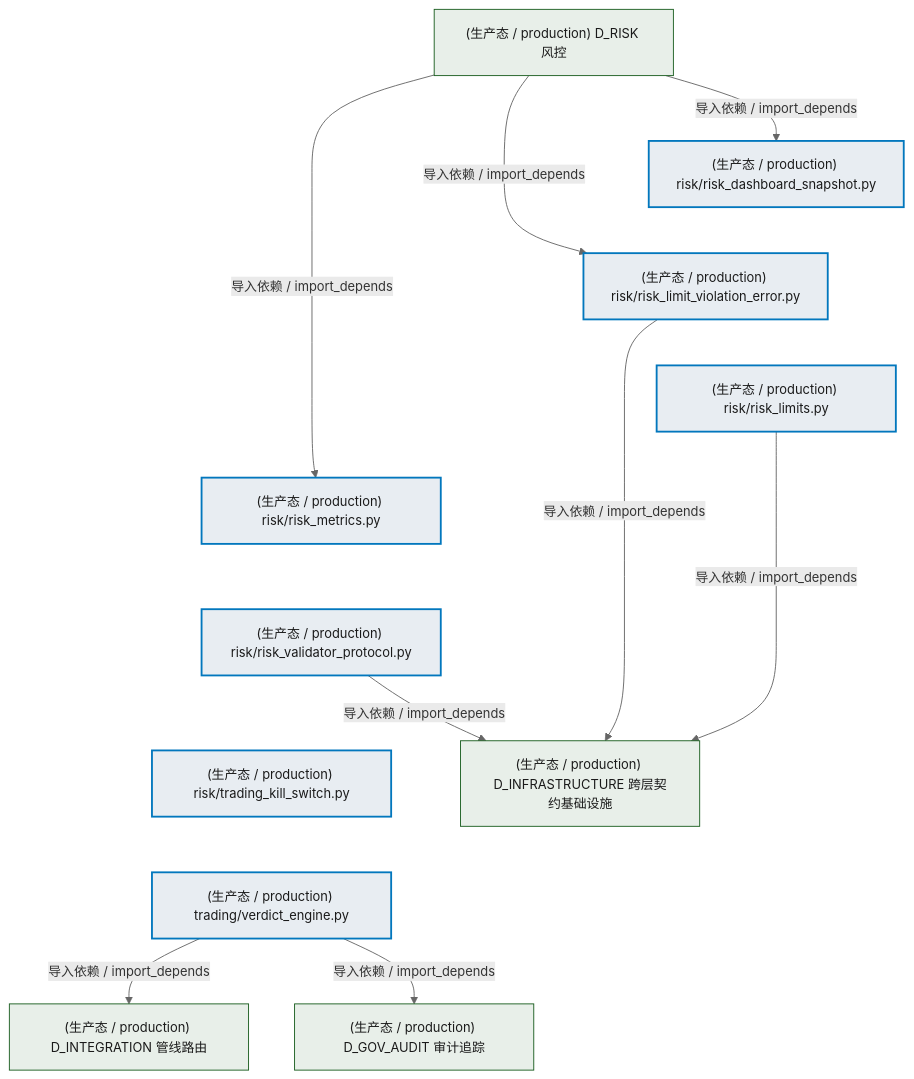
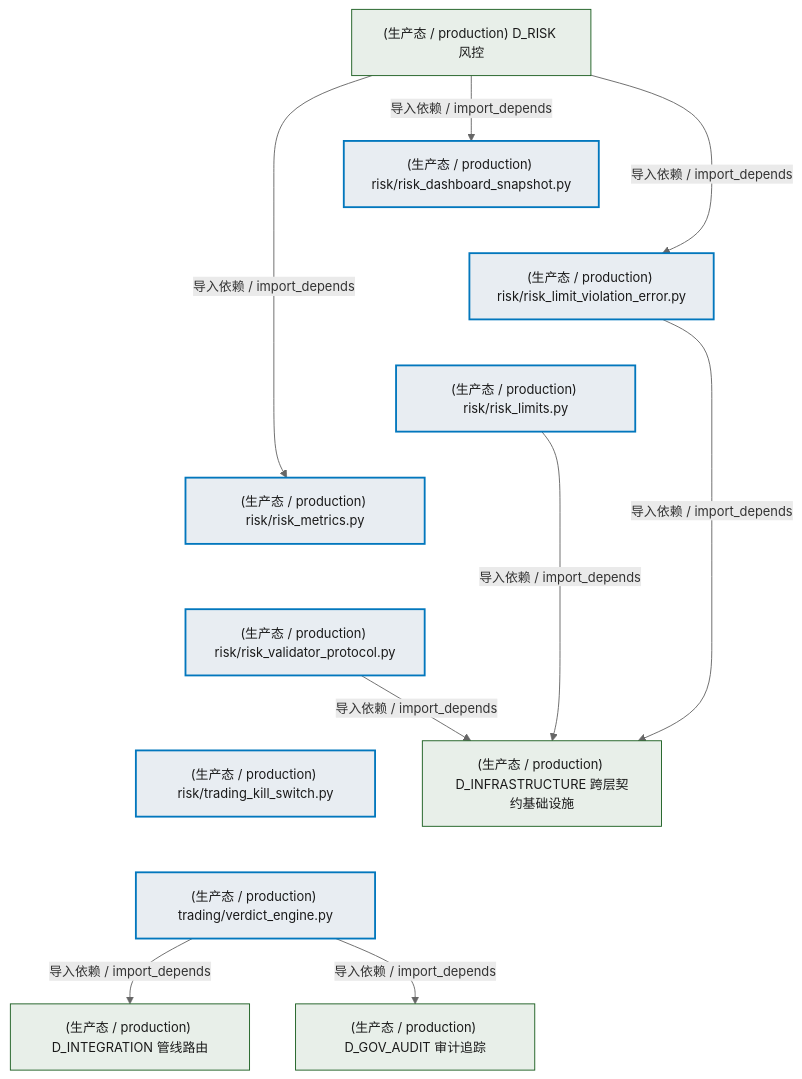
One commit to xuanFelixVan/ZephyrAlpha changed the second of 4 diagrams in docs/02_enterprise_architecture/02_domain_architecture_docs/72_d_trading.md. Above: the diagram before and after it, drawn with Mermaid. The commit also changed other lines of this file and 41 other files, not shown here.

````diff
--- a/docs/02_enterprise_architecture/02_domain_architecture_docs/72_d_trading.md
+++ b/docs/02_enterprise_architecture/02_domain_architecture_docs/72_d_trading.md
@@ -221,35 +221,35 @@
 ```mermaid
 %%{init: {'theme': 'base', 'themeVariables': {'primaryColor': '#eaeaea', 'primaryTextColor': '#333333', 'primaryBorderColor': '#666666', 'lineColor': '#666666', 'secondaryColor': '#eaeaea', 'tertiaryColor': '#eaeaea', 'fontSize': '14px'}}}%%
 flowchart TD
     src_zephyr_trading_trading_contracts_risk_risk_dashboard_snapshot_py["(生产态 / production) risk/risk_dashboard_snapshot.py"]
     src_zephyr_trading_trading_contracts_risk_risk_limit_violation_error_py["(生产态 / production) risk/risk_limit_violation_error.py"]
     src_zephyr_trading_trading_contracts_risk_risk_limits_py["(生产态 / production) risk/risk_limits.py"]
     src_zephyr_trading_trading_contracts_risk_risk_metrics_py["(生产态 / production) risk/risk_metrics.py"]
     src_zephyr_trading_trading_contracts_risk_risk_validator_protocol_py["(生产态 / production) risk/risk_validator_protocol.py"]
     src_zephyr_trading_trading_contracts_risk_trading_kill_switch_py["(生产态 / production) risk/trading_kill_switch.py"]
     src_zephyr_trading_verdict_engine_py["(生产态 / production) trading/verdict_engine.py"]
     src_zephyr_trading_trading_contracts_risk_risk_dashboard_snapshot_py ~~~ src_zephyr_trading_trading_contracts_risk_risk_limit_violation_error_py
     src_zephyr_trading_trading_contracts_risk_risk_limit_violation_error_py ~~~ src_zephyr_trading_trading_contracts_risk_risk_limits_py
     src_zephyr_trading_trading_contracts_risk_risk_limits_py ~~~ src_zephyr_trading_trading_contracts_risk_risk_metrics_py
     src_zephyr_trading_trading_contracts_risk_risk_metrics_py ~~~ src_zephyr_trading_trading_contracts_risk_risk_validator_protocol_py
     src_zephyr_trading_trading_contracts_risk_risk_validator_protocol_py ~~~ src_zephyr_trading_trading_contracts_risk_trading_kill_switch_py
     src_zephyr_trading_trading_contracts_risk_trading_kill_switch_py ~~~ src_zephyr_trading_verdict_engine_py
     D_INFRASTRUCTURE["(生产态 / production) D_INFRASTRUCTURE 跨层契约基础设施"]
     src_zephyr_trading_trading_contracts_risk_risk_limits_py -->|导入依赖 / import_depends| D_INFRASTRUCTURE
     src_zephyr_trading_trading_contracts_risk_risk_limit_violation_error_py -->|导入依赖 / import_depends| D_INFRASTRUCTURE
     D_INTEGRATION["(生产态 / production) D_INTEGRATION 管线路由"]
     src_zephyr_trading_verdict_engine_py -->|导入依赖 / import_depends| D_INTEGRATION
     src_zephyr_trading_trading_contracts_risk_risk_validator_protocol_py -->|导入依赖 / import_depends| D_INFRASTRUCTURE
     D_GOV_AUDIT["(生产态 / production) D_GOV_AUDIT 审计追踪"]
     src_zephyr_trading_verdict_engine_py -->|导入依赖 / import_depends| D_GOV_AUDIT
     D_RISK["(生产态 / production) D_RISK 风控"]
+    D_RISK -->|导入依赖 / import_depends| src_zephyr_trading_trading_contracts_risk_risk_metrics_py
+    D_RISK -->|导入依赖 / import_depends| src_zephyr_trading_trading_contracts_risk_risk_dashboard_snapshot_py
     D_RISK -->|导入依赖 / import_depends| src_zephyr_trading_trading_contracts_risk_risk_limit_violation_error_py
-    D_RISK -->|导入依赖 / import_depends| src_zephyr_trading_trading_contracts_risk_risk_dashboard_snapshot_py
-    D_RISK -->|导入依赖 / import_depends| src_zephyr_trading_trading_contracts_risk_risk_metrics_py
     classDef production fill:#e8edf2,stroke:#0277bd,stroke-width:2px,color:#1a1a1a
     classDef design fill:#f0ebe3,stroke:#bf360c,stroke-width:2px,color:#1a1a1a,stroke-dasharray: 5 5
     classDef external_prod fill:#e8efe9,stroke:#1b5e20,stroke-width:1px,color:#1a1a1a
     classDef external_design fill:#efe5ea,stroke:#880e4f,stroke-width:1px,color:#1a1a1a,stroke-dasharray: 5 5
     class src_zephyr_trading_trading_contracts_risk_risk_dashboard_snapshot_py,src_zephyr_trading_trading_contracts_risk_risk_limit_violation_error_py,src_zephyr_trading_trading_contracts_risk_risk_limits_py,src_zephyr_trading_trading_contracts_risk_risk_metrics_py,src_zephyr_trading_trading_contracts_risk_risk_validator_protocol_py,src_zephyr_trading_trading_contracts_risk_trading_kill_switch_py,src_zephyr_trading_verdict_engine_py production
     class D_INFRASTRUCTURE,D_INTEGRATION,D_GOV_AUDIT,D_RISK external_prod
 ```
````
